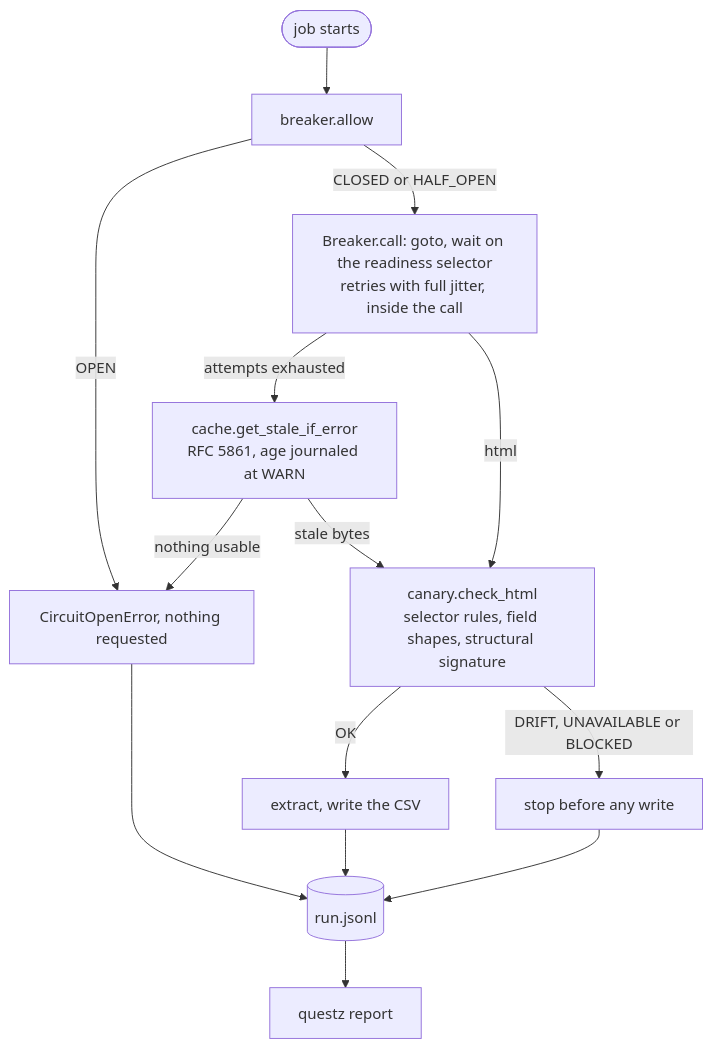
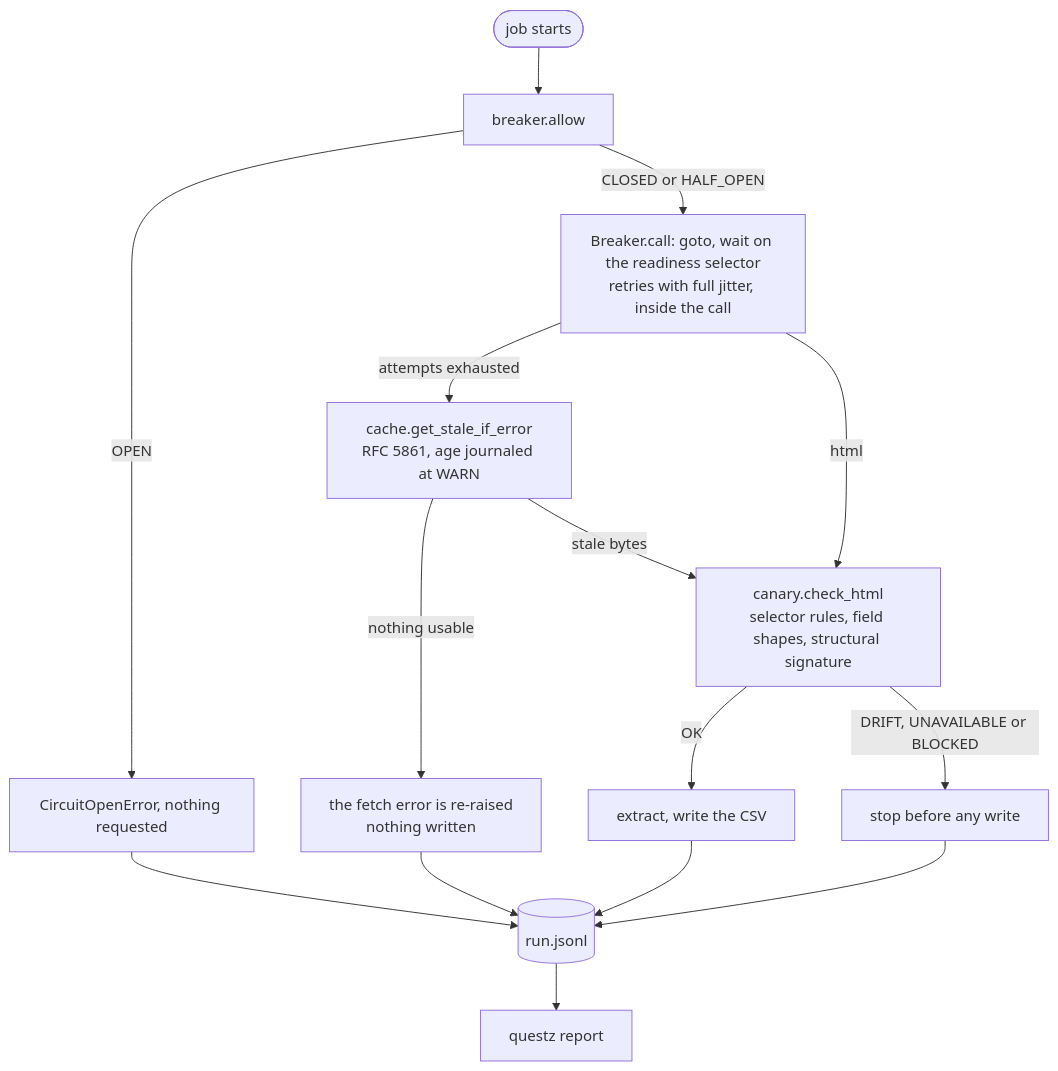
One commit to PNX89/QUESTZ changed the diagram in README.md. Above: the diagram before and after it, drawn with Mermaid. The commit also changed other lines of this file and 2 other files, not shown here.

````diff
--- a/README.md
+++ b/README.md
@@ -139,13 +149,14 @@
 ```mermaid
 flowchart TD
     start([job starts]) --> allow[breaker.allow]
     allow -->|OPEN| refused[CircuitOpenError, nothing requested]
     allow -->|CLOSED or HALF_OPEN| fetch[Breaker.call: goto, wait on the readiness selector<br/>retries with full jitter, inside the call]
     fetch -->|attempts exhausted| stale[cache.get_stale_if_error<br/>RFC 5861, age journaled at WARN]
-    stale -->|nothing usable| refused
+    stale -->|nothing usable| raised[the fetch error is re-raised<br/>nothing written]
     stale -->|stale bytes| check
     fetch -->|html| check[canary.check_html<br/>selector rules, field shapes, structural signature]
     check -->|OK| write[extract, write the CSV] --> journal[(run.jsonl)]
     check -->|DRIFT, UNAVAILABLE or BLOCKED| stop[stop before any write] --> journal
+    raised --> journal
     refused --> journal --> report[questz report]
 ```
````
